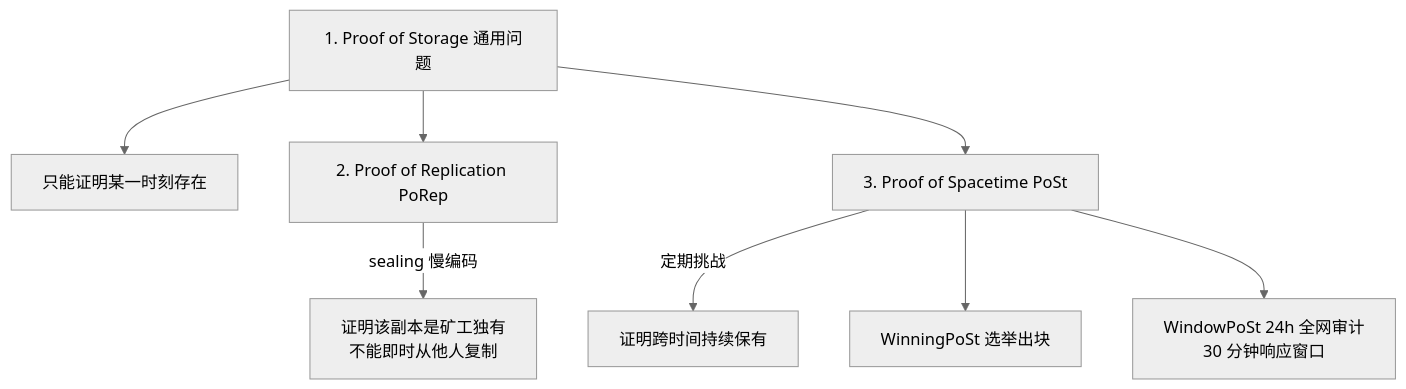
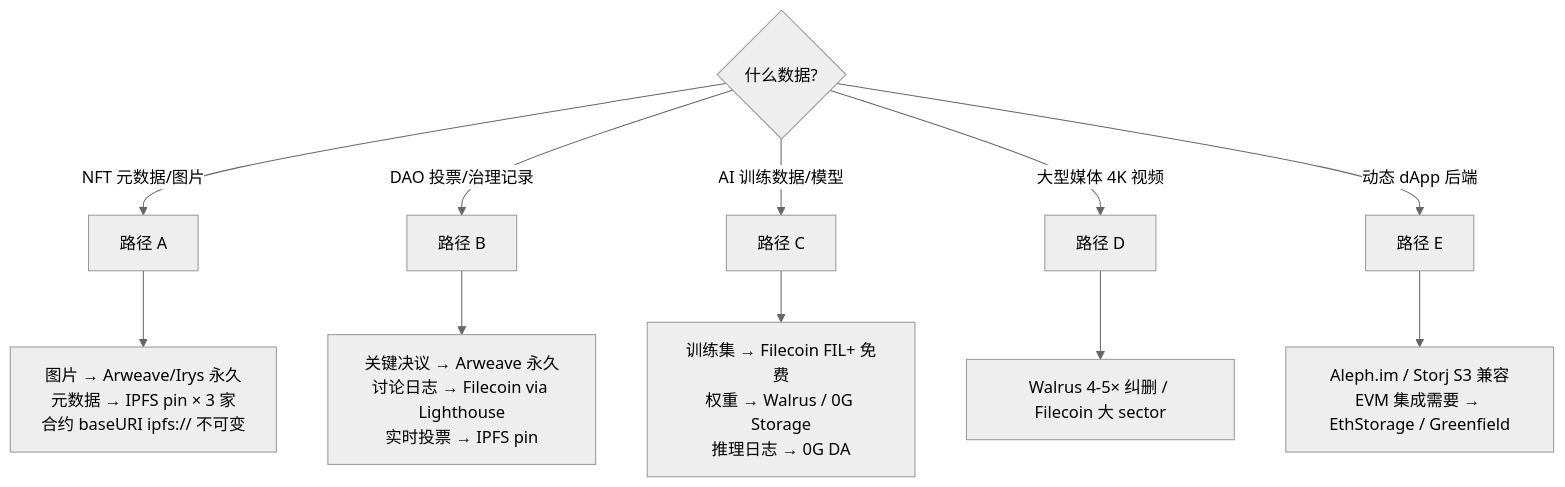
One commit to ChuwuYo/misc-files changed the eighth of 32 diagrams in web3-engineer-guide/14-去中心化存储/README.md. Above: the diagram before and after it, drawn with Mermaid (neutral theme). The commit also changed other lines of this file and 211 other files, not shown here.

````diff
--- a/web3-engineer-guide/14-去中心化存储/README.md
+++ b/web3-engineer-guide/14-去中心化存储/README.md
@@ -246,10 +400,14 @@
 ```mermaid
 flowchart TD
-    A[1. Proof of Storage 通用问题] --> B[只能证明某一时刻存在]
-    A --> C[2. Proof of Replication PoRep]
-    C -->|sealing 慢编码| D[证明该副本是矿工独有<br/>不能即时从他人复制]
-    A --> E[3. Proof of Spacetime PoSt]
-    E -->|定期挑战| F[证明跨时间持续保有]
-    E --> G[WinningPoSt 选举出块]
-    E --> H[WindowPoSt 24h 全网审计<br/>30 分钟响应窗口]
+    Start{什么数据?} -->|NFT 元数据/图片| NFT[路径 A]
+    Start -->|DAO 投票/治理记录| DAO[路径 B]
+    Start -->|AI 训练数据/模型| AI[路径 C]
+    Start -->|大型媒体 4K 视频| MEDIA[路径 D]
+    Start -->|动态 dApp 后端| BE[路径 E]
+
+    NFT --> NFT1[图片 → Arweave/Irys 永久<br/>元数据 → IPFS pin × 3 家<br/>合约 baseURI ipfs:// 不可变]
+    DAO --> DAO1[关键决议 → Arweave 永久<br/>讨论日志 → Filecoin via Lighthouse<br/>实时投票 → IPFS pin]
+    AI --> AI1[训练集 → Filecoin FIL+ 免费<br/>权重 → Walrus / 0G Storage<br/>推理日志 → 0G DA]
+    MEDIA --> MEDIA1[Walrus 4-5× 纠删 / Filecoin 大 sector]
+    BE --> BE1[Aleph.im / Storj S3 兼容<br/>EVM 集成需要 → EthStorage / Greenfield]
 ```
````
